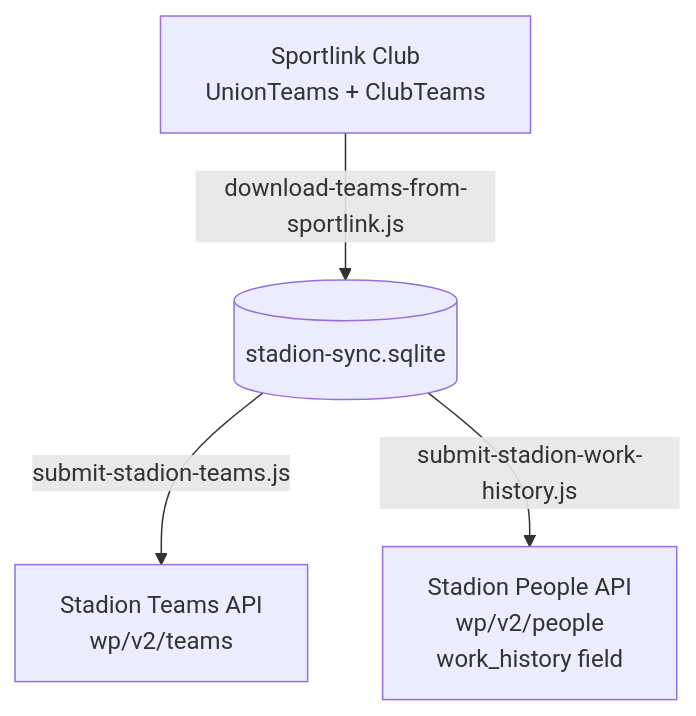
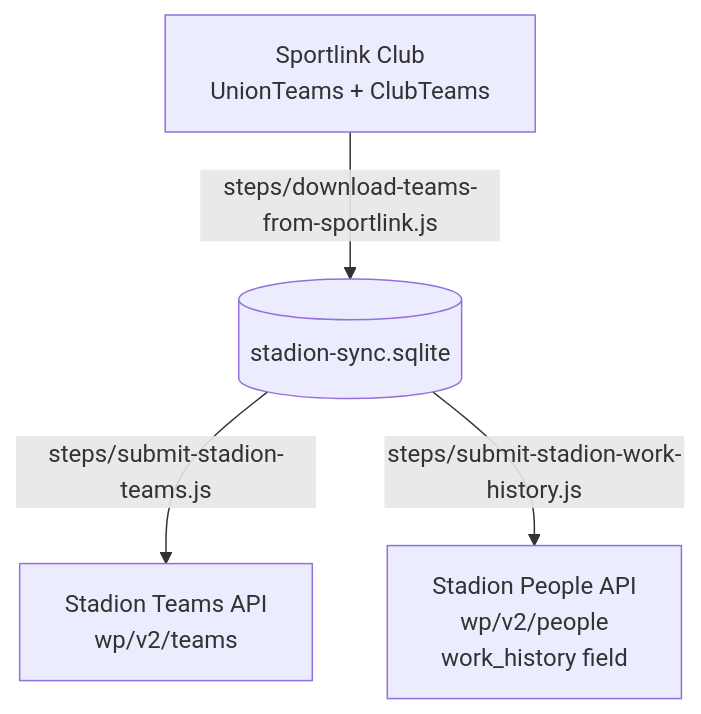
The fourth of 8 diagrams in docs/sync-architecture.md (jdevalk/sportlink-sync), drawn with Mermaid before and after one commit. The commit also changed other lines of this file and 117 other files, not shown here.

````diff
--- a/docs/sync-architecture.md
+++ b/docs/sync-architecture.md
@@ -307,11 +307,11 @@
 ```mermaid
 graph TD
     SL[Sportlink Club<br>UnionTeams + ClubTeams]
     DB[(stadion-sync.sqlite)]
     ST_T[Stadion Teams API<br>wp/v2/teams]
     ST_P[Stadion People API<br>wp/v2/people<br>work_history field]
 
-    SL -->|download-teams-from-sportlink.js| DB
-    DB -->|submit-stadion-teams.js| ST_T
-    DB -->|submit-stadion-work-history.js| ST_P
+    SL -->|steps/download-teams-from-sportlink.js| DB
+    DB -->|steps/submit-stadion-teams.js| ST_T
+    DB -->|steps/submit-stadion-work-history.js| ST_P
 ```
````
